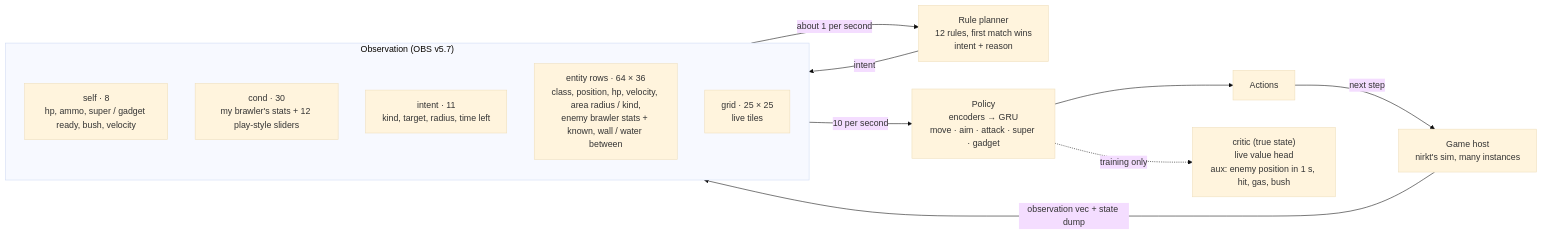
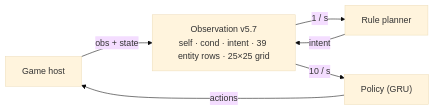
The first of 2 diagrams in README.md (alessioog77777/bsrl-sim), drawn with Mermaid (base theme) before and after one commit. The commit also changed other lines of this file, not shown here.

First line of the commit message:
README: smaller diagrams; planner rules and their call shares as one table

````diff
--- a/README.md
+++ b/README.md
@@ -19,17 +19,6 @@
 ```mermaid
 flowchart LR
-    H["Game host<br/>nirkt's sim, many instances"] -->|"observation vec + state dump"| O
-    subgraph O["Observation (OBS v5.7)"]
-        direction TB
-        S["self · 8<br/>hp, ammo, super / gadget ready, bush, velocity"]
-        C["cond · 30<br/>my brawler's stats + 12 play-style sliders"]
-        I["intent · 11<br/>kind, target, radius, time left"]
-        E["entity rows · 64 × 36<br/>class, position, hp, velocity, area radius / kind,<br/>enemy brawler stats + known, wall / water between"]
-        G["grid · 25 × 25<br/>live tiles"]
-    end
-    O -->|"about 1 per second"| PL["Rule planner<br/>12 rules, first match wins<br/>intent + reason"]
-    PL -->|"intent"| I
-    O -->|"10 per second"| P["Policy<br/>encoders → GRU<br/>move · aim · attack · super · gadget"]
-    P --> A["Actions"] -->|"next step"| H
-    P -.->|"training only"| X["critic (true state)<br/>live value head<br/>aux: enemy position in 1 s, hit, gas, bush"]
+    H["Game host"] -->|"obs + state"| O["Observation v5.7<br/>self · cond · intent · 39 entity rows · 25×25 grid"]
+    O -->|"1 / s"| PL["Rule planner"] -->|"intent"| O
+    O -->|"10 / s"| P["Policy (GRU)"] -->|"actions"| H
 ```
````
